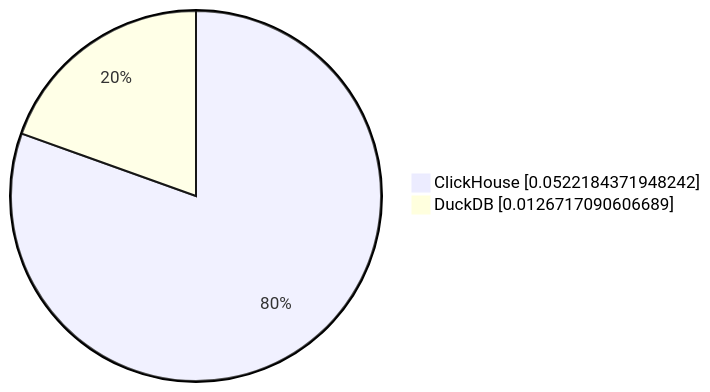
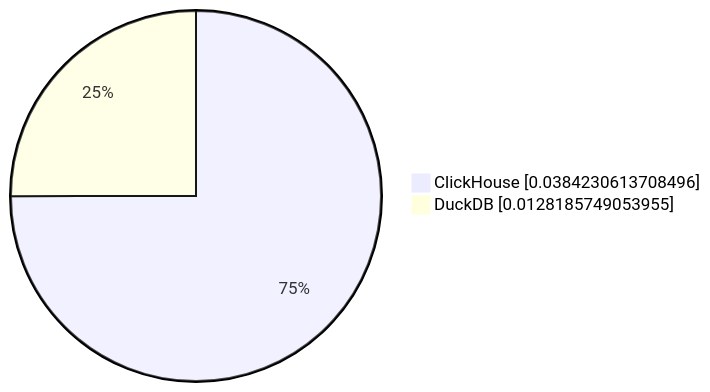
Before and after one commit to Altinity/clickhouse-regression: the first of 7 diagrams in parquet/performance/results/nyc_taxi/23.7.4.5/README.md, drawn with Mermaid. The commit also changed other lines of this file and 4 other files, not shown here.

````diff
--- a/parquet/performance/results/nyc_taxi/23.7.4.5/README.md
+++ b/parquet/performance/results/nyc_taxi/23.7.4.5/README.md
@@ -10,5 +10,5 @@
 ```mermaid
      pie showData
-         "ClickHouse" : 0.0522184371948242
-         "DuckDB" : 0.0126717090606689
+         "ClickHouse" : 0.0384230613708496
+         "DuckDB" : 0.0128185749053955
 ```
````
